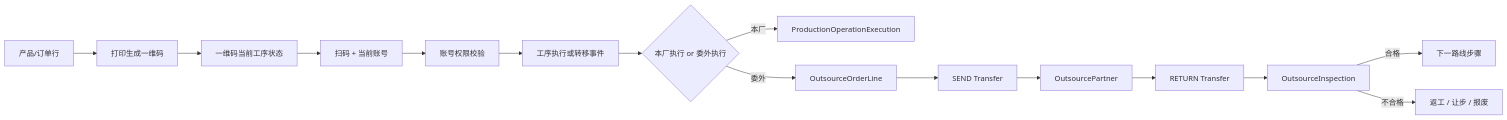
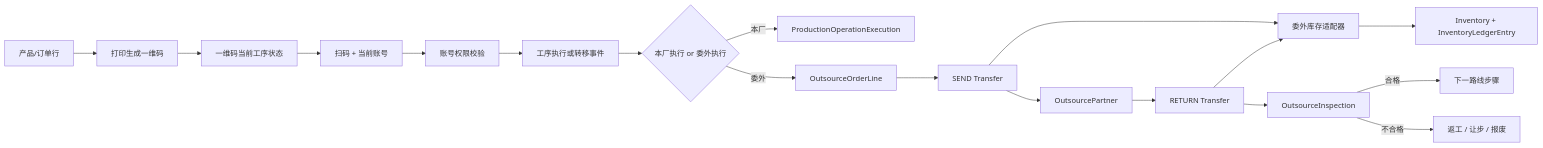
One commit to tanzanite2025/erp-mes-crm-plm changed the diagram in docs/architecture/生产委外执行链路设计.md. Above: the diagram before and after it, drawn with Mermaid. The commit also changed other lines of this file and 122 other files, not shown here.

````diff
--- a/docs/architecture/生产委外执行链路设计.md
+++ b/docs/architecture/生产委外执行链路设计.md
@@ -382,17 +411,20 @@
 ```mermaid
 flowchart LR
   A["产品/订单行"] --> B["打印生成一维码"]
   B --> C["一维码当前工序状态"]
   C --> D["扫码 + 当前账号"]
   D --> E["账号权限校验"]
   E --> F["工序执行或转移事件"]
   F --> G{"本厂执行 or 委外执行"}
   G -->|本厂| H["ProductionOperationExecution"]
   G -->|委外| I["OutsourceOrderLine"]
   I --> J["SEND Transfer"]
   J --> K["OutsourcePartner"]
   K --> L["RETURN Transfer"]
+  J --> P["委外库存适配器"]
+  L --> P
+  P --> Q["Inventory + InventoryLedgerEntry"]
   L --> M["OutsourceInspection"]
   M -->|合格| N["下一路线步骤"]
   M -->|不合格| O["返工 / 让步 / 报废"]
 ```
````
